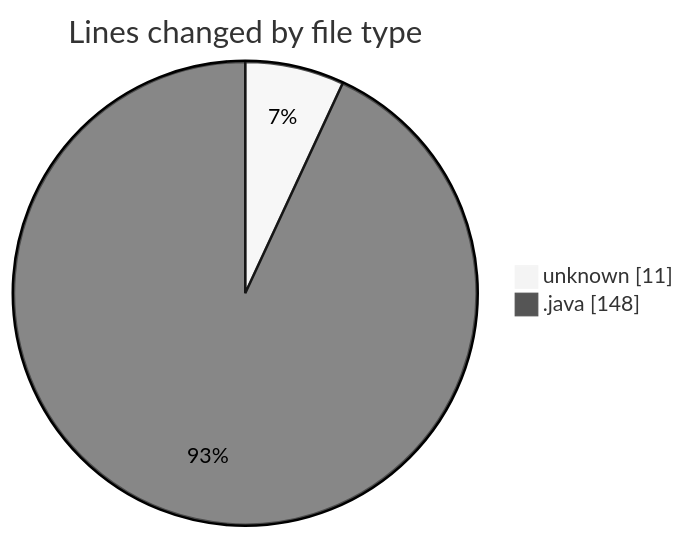
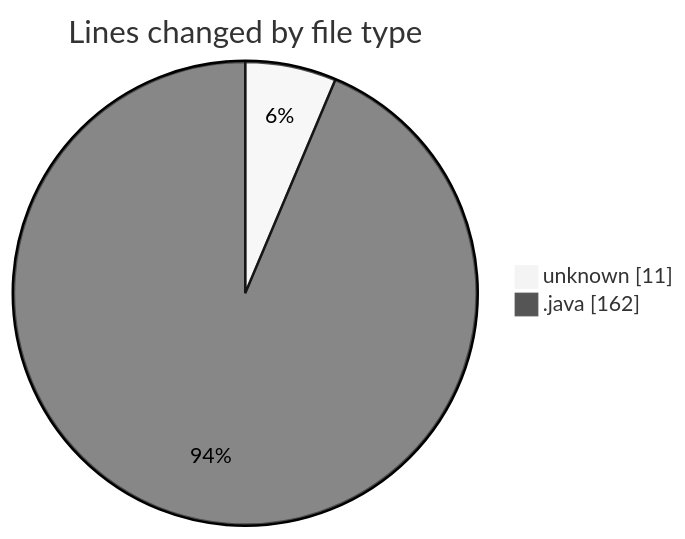
One commit to hasnaa123/code-tracking changed the first of 2 diagrams in 2026-04-12/chatserver/README.md. Above: the diagram before and after it, drawn with Mermaid (neutral theme). The commit also changed other lines of this file and 1 other file, not shown here.

````diff
--- a/2026-04-12/chatserver/README.md
+++ b/2026-04-12/chatserver/README.md
@@ -24,6 +24,6 @@
 ```mermaid
 pie showData
 title Lines changed by file type
 "unknown" : 11
-".java" : 148
+".java" : 162
 ```
````
